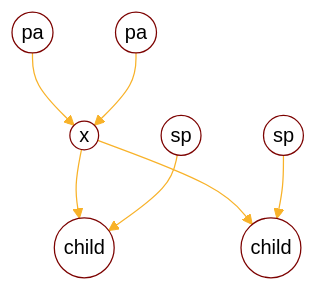
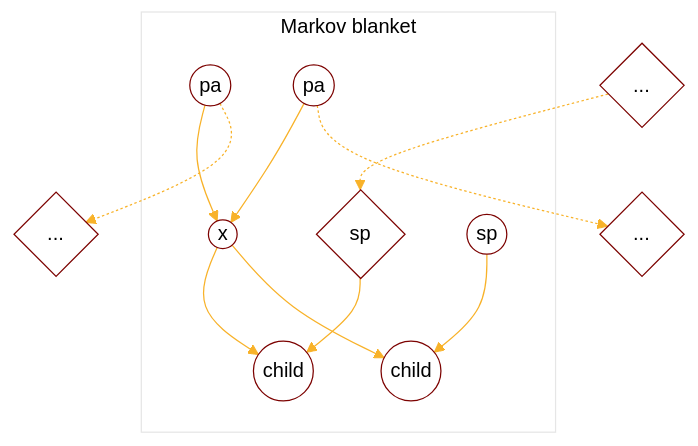
The fifth of 6 diagrams in content/posts/probabilistic-graphical-model.md (tirmisula/tirmisula.github.io), drawn with Mermaid before and after one commit. The commit also changed other lines of this file, not shown here.

````diff
--- a/content/posts/probabilistic-graphical-model.md
+++ b/content/posts/probabilistic-graphical-model.md
@@ -418,22 +418,27 @@
 ```mermaid
 %%{
   init: {
     'theme': 'base',
     'themeVariables': {
       'primaryColor': 'white',
       'primaryTextColor': '#000',
       'primaryBorderColor': '#7C0200',
       'lineColor': '#F8B229',
       'secondaryColor': 'red',
       'tertiaryColor': '#fff'
     }
   }
 }%%
 flowchart TB
-    id1((pa)) --> id3((x))
-    id2((pa)) --> id3((x))
-    id3((x)) --> id4((child))
-    id3((x)) --> id5((child))
-    id6((sp)) --> id4((child))
-    id7((sp)) --> id5((child))
+    subgraph Markov blanket
+      id1((pa)) --> id3((x))
+      id2((pa)) --> id3((x))
+      id3((x)) --> id4((child))
+      id3((x)) --> id5((child))
+      id6((sp)) --> id4((child))
+      id7((sp)) --> id5((child))
+    end
+    id1((pa)) -.-> id8{...}
+    id2((pa)) -.-> id9{...}
+    id10{...} -.-> id6{sp}
 ```
````
